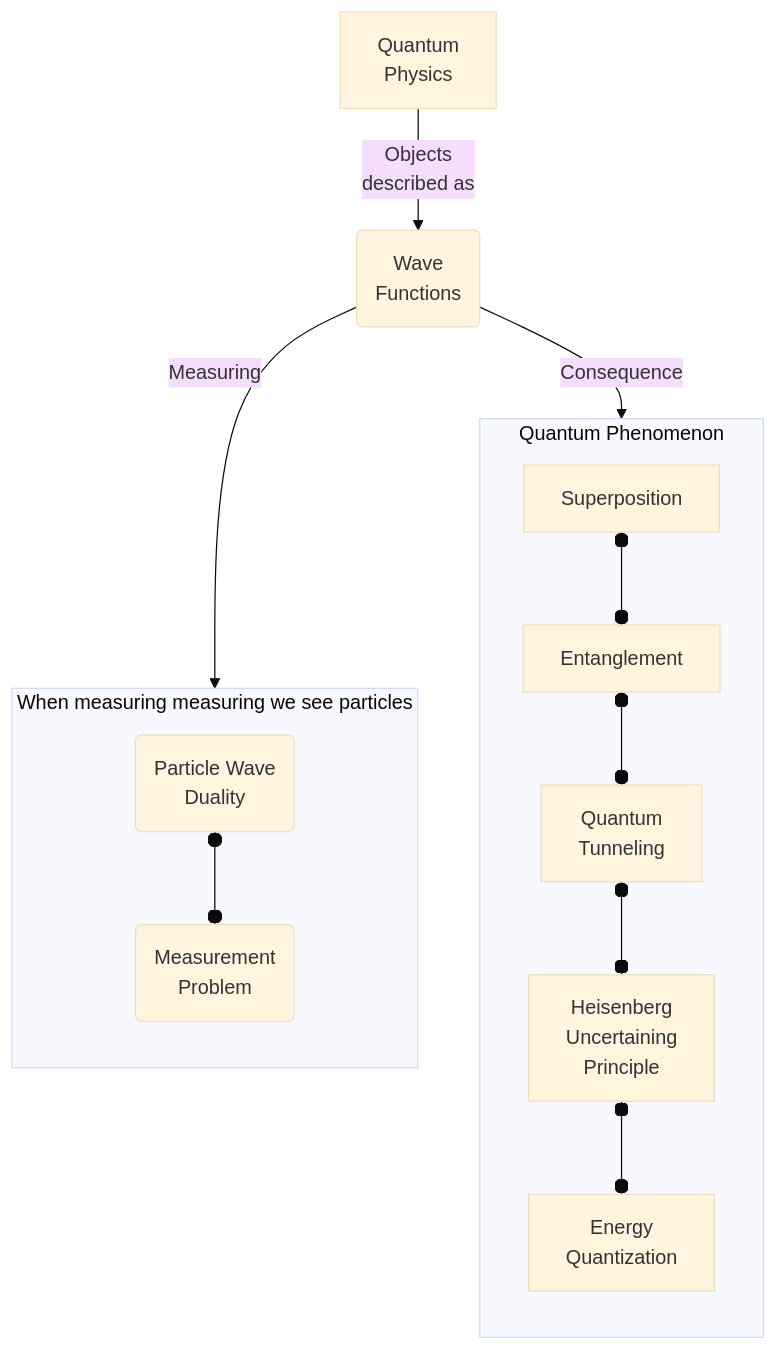
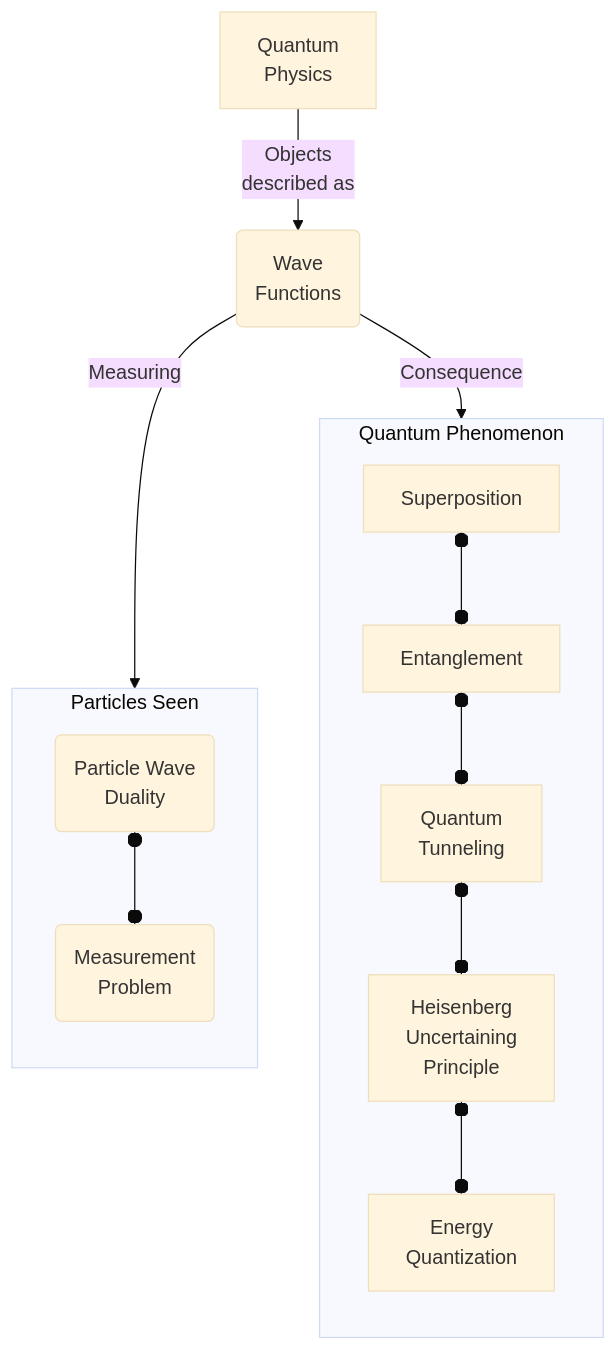
One commit to m0ham3dx/mx-Quantum-Computing-Primer changed the second of 3 diagrams in README.md. Above: the diagram before and after it, drawn with Mermaid (base theme).

````diff
--- a/README.md
+++ b/README.md
@@ -97,19 +97,19 @@
 ```mermaid
 flowchart TD
     A[Quantum<br>Physics] -->|Objects<br>described as<br>|A1(Wave<br>Functions)
     
     A1 -->|Measuring|B
-    subgraph B [When measuring measuring we see particles]
+    subgraph B [Particles Seen]
         direction TB
         B1(Particle Wave<br>Duality) o--o B2(Measurement<br>Problem)
     end
 
     A1 -->|Consequence|C 
     subgraph C [Quantum Phenomenon]
         direction TB
         C1[Superposition] o--o C11[Entanglement]
         C11 o--o C2
         C2[Quantum\nTunneling] o--oC3[Heisenberg \n Uncertaining \n Principle]    
         C3 o--o C4[Energy\nQuantization]
     end
 ```
````
